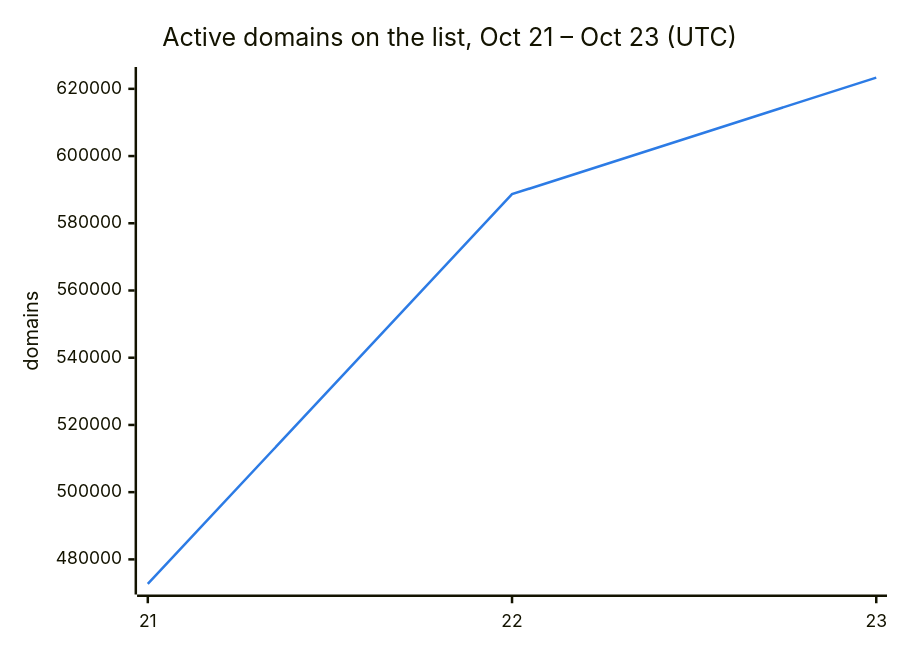
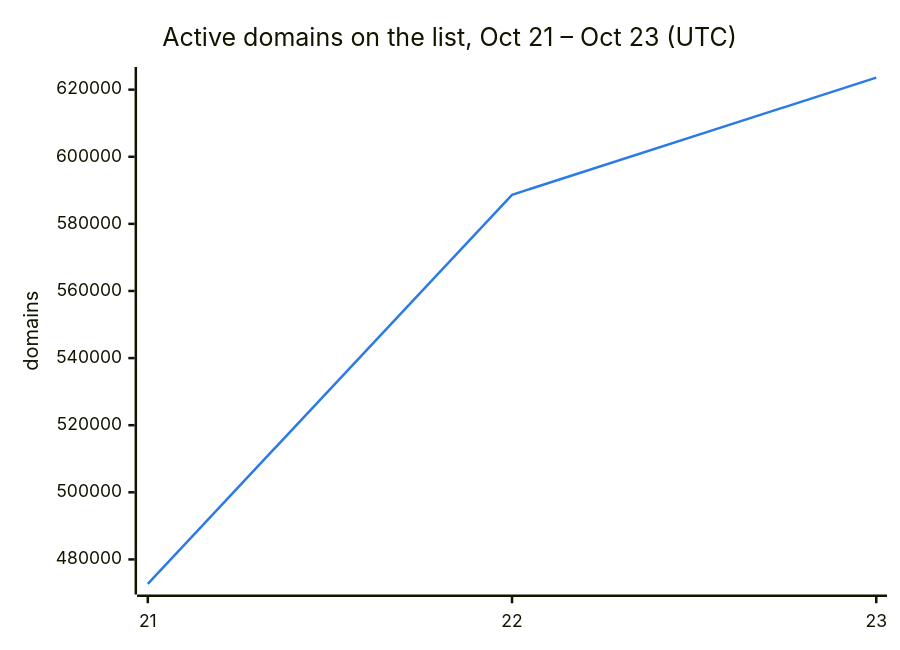
Before and after one commit to DNSBunker/CTI: the second of 3 diagrams in README.md, drawn with Mermaid. The commit also changed other lines of this file and 3 other files, not shown here.

````diff
--- a/README.md
+++ b/README.md
@@ -38,8 +38,8 @@
 ```mermaid
 %%{init: {"themeVariables": {"xyChart": {"plotColorPalette": "#2c7be5"}}}}%%
 xychart-beta
     title "Active domains on the list, Oct 21 – Oct 23 (UTC)"
     x-axis ["21", "22", "23"]
     y-axis "domains"
-    line [472713, 588659, 623335]
+    line [472713, 588659, 623582]
 ```
````
